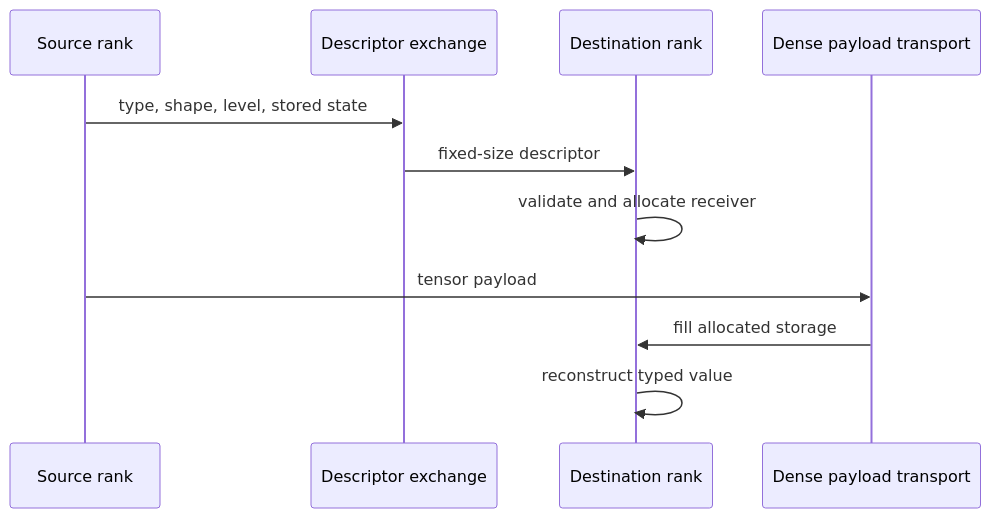
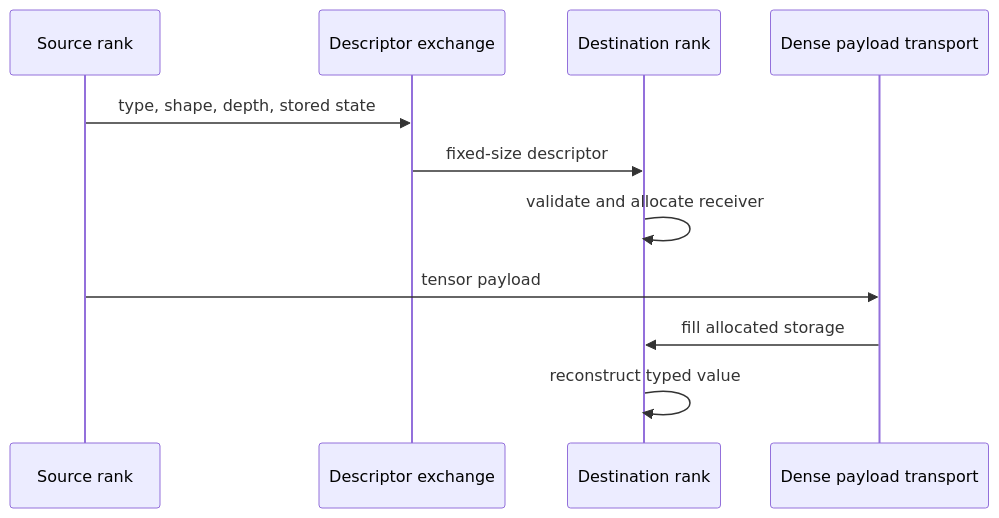
The second of 3 diagrams in docs/concepts/distributed/spmd-model.md (visualDust/fhelium), drawn with Mermaid before and after one commit. The commit also changed 369 other files, not shown here.

````diff
--- a/docs/concepts/distributed/spmd-model.md
+++ b/docs/concepts/distributed/spmd-model.md
@@ -86,14 +86,14 @@
 ```mermaid
 sequenceDiagram
     participant Src as Source rank
     participant Ctrl as Descriptor exchange
     participant Dst as Destination rank
     participant Data as Dense payload transport
 
-    Src->>Ctrl: type, shape, level, stored state
+    Src->>Ctrl: type, shape, depth, stored state
     Ctrl->>Dst: fixed-size descriptor
     Dst->>Dst: validate and allocate receiver
     Src->>Data: tensor payload
     Data->>Dst: fill allocated storage
     Dst->>Dst: reconstruct typed value
 ```
````
